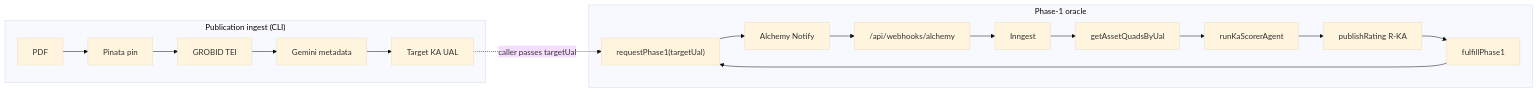
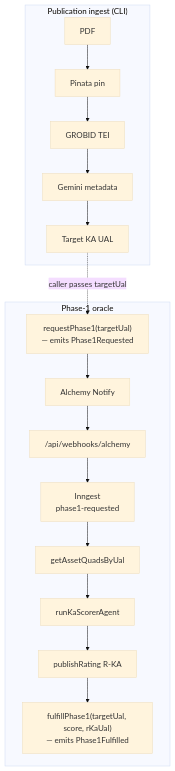
Before and after one commit to SiegfriedBz/desci-rating-dapp: the first of 2 diagrams in README.md, drawn with Mermaid (base theme).

Commit message:
docs: fix architecture diagram — vertical layout, remove incorrect fulfillPhase1→requestPhase1 edge

````diff
--- a/README.md
+++ b/README.md
@@ -51,11 +51,21 @@
 ```mermaid
-flowchart LR
+flowchart TD
   subgraph ingest["Publication ingest (CLI)"]
-    PDF["PDF"] --> PIN["Pinata pin"] --> GROBID["GROBID TEI"] --> META["Gemini metadata"] --> TKA["Target KA UAL"]
+    PDF["PDF"] --> PIN["Pinata pin"]
+    PIN --> GROBID["GROBID TEI"]
+    GROBID --> META["Gemini metadata"]
+    META --> TKA["Target KA UAL"]
   end
+
   subgraph oracle["Phase-1 oracle"]
-    RC["requestPhase1(targetUal)"] --> ALCH["Alchemy Notify"] --> WH["/api/webhooks/alchemy"] --> INN["Inngest"] --> FETCH["getAssetQuadsByUal"] --> SCORE["runKaScorerAgent"] --> RKA["publishRating R-KA"] --> FUL["fulfillPhase1"]
-    FUL --> RC
+    REQ["requestPhase1(targetUal)\n— emits Phase1Requested"] --> ALCH["Alchemy Notify"]
+    ALCH --> WH["/api/webhooks/alchemy"]
+    WH --> INN["Inngest\nphase1-requested"]
+    INN --> FETCH["getAssetQuadsByUal"]
+    FETCH --> SCORE["runKaScorerAgent"]
+    SCORE --> RKA["publishRating R-KA"]
+    RKA --> FUL["fulfillPhase1(targetUal, score, rKaUal)\n— emits Phase1Fulfilled"]
   end
-  TKA -.->|"caller passes targetUal"| RC
+
+  TKA -.->|"caller passes targetUal"| REQ
 ```
````
